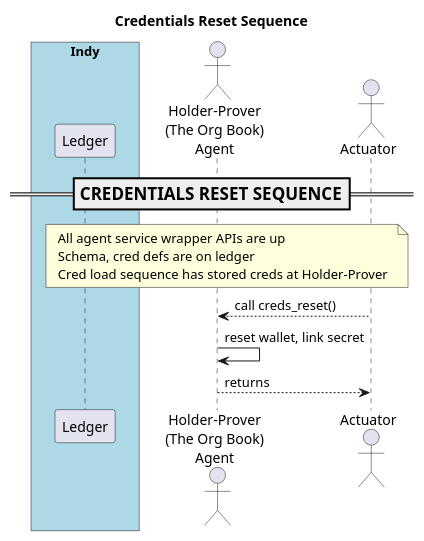
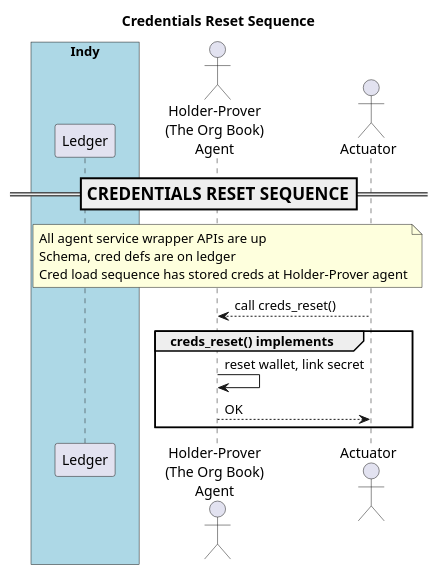
The diagram in doc/pic/src/creds-reset.puml (PSPC-SPAC-buyandsell/von_base), drawn with PlantUML before and after one commit. The commit also changed 25 other files, not shown here.

```diff
--- a/doc/pic/src/creds-reset.puml
+++ b/doc/pic/src/creds-reset.puml
@@ -1,41 +1,43 @@
 @startuml
 /'
 Copyright 2017-2018 Government of Canada - Public Services and Procurement Canada - buyandsell.gc.ca
 
 Licensed under the Apache License, Version 2.0 (the "License");
 you may not use this file except in compliance with the License.
 You may obtain a copy of the License at
 
 http://www.apache.org/licenses/LICENSE-2.0
 
 Unless required by applicable law or agreed to in writing, software
 distributed under the License is distributed on an "AS IS" BASIS,
 WITHOUT WARRANTIES OR CONDITIONS OF ANY KIND, either express or implied.
 See the License for the specific language governing permissions and
 limitations under the License.
 '/
 
 skinparam ParticipantPadding 20
 skinparam BoxPadding 20
 
 title Credentials Reset Sequence
 
 box "Indy" #LightBlue
     participant "Ledger" as ledger
 endbox
 
 actor "Holder-Prover\n(The Org Book)\nAgent" as obag
 actor "Actuator" as ator
 
 === CREDENTIALS RESET SEQUENCE ==
 note over ledger, ator
 All agent service wrapper APIs are up
 Schema, cred defs are on ledger
-Cred load sequence has stored creds at Holder-Prover
+Cred load sequence has stored creds at Holder-Prover agent
 endnote
 
 ator --> obag: call creds_reset()
-obag -> obag: reset wallet, link secret
-obag --> ator:  returns
+group creds_reset() implements
+    obag -> obag: reset wallet, link secret
+    obag --> ator:  OK
+end
 
 @enduml
```
